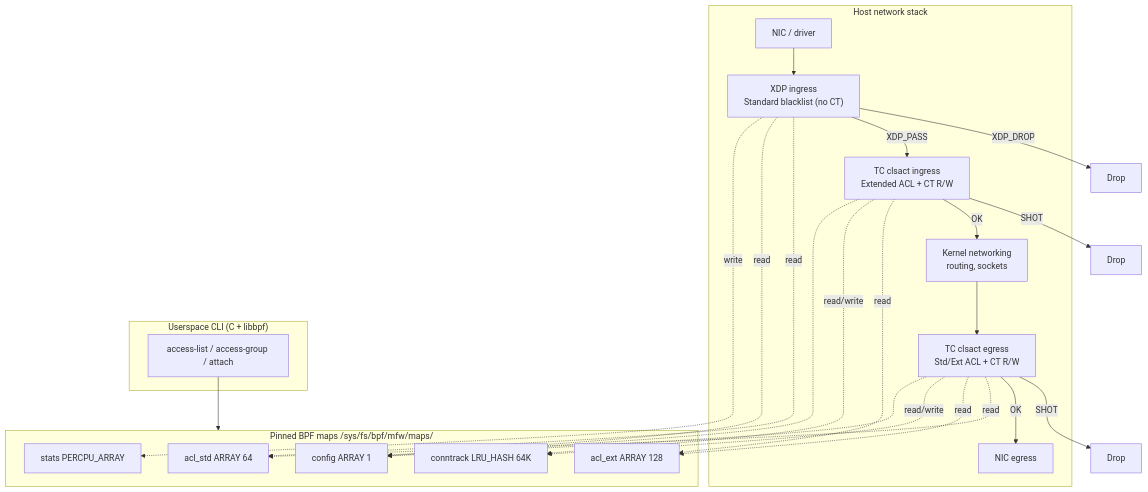
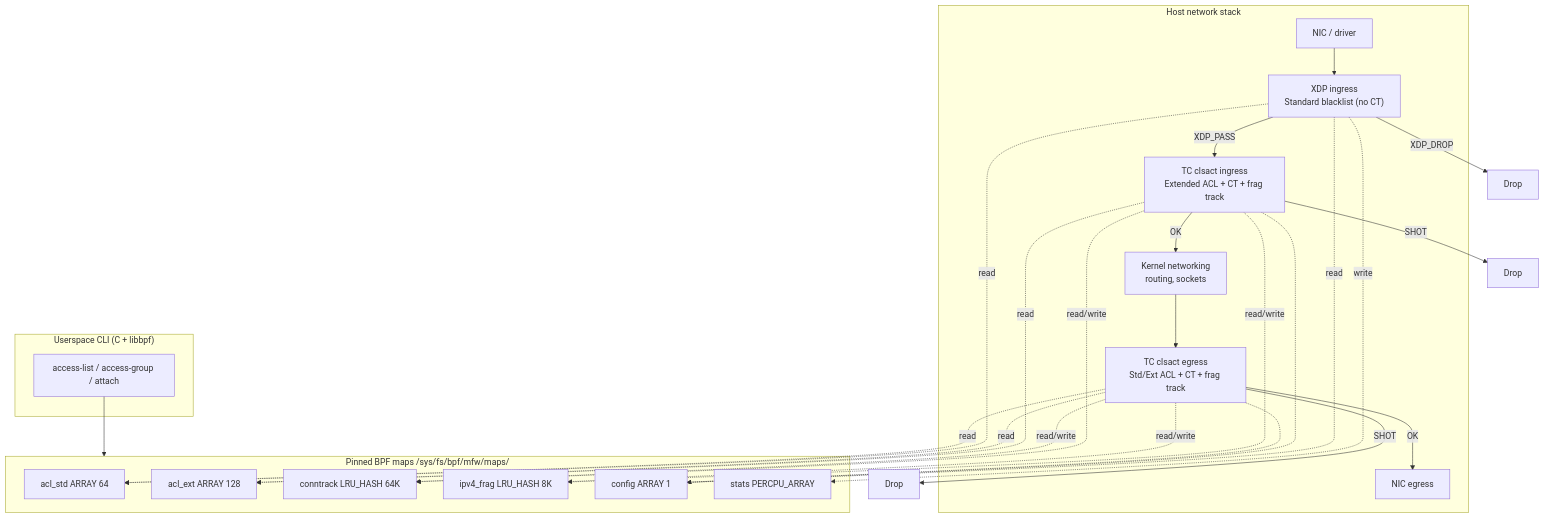
The first of 6 diagrams in docs/design.md (lynch1981/mini-fw), drawn with Mermaid before and after one commit. The commit also changed other lines of this file, not shown here.

First line of the commit message:
docs: refine mini-fw design (paths, frags, non-IPv4 pass)

````diff
--- a/docs/design.md
+++ b/docs/design.md
@@ -166,44 +192,47 @@
 ```mermaid
 flowchart TB
   subgraph Host["Host network stack"]
     NIC["NIC / driver"]
   XDP["XDP ingress<br/>Standard blacklist (no CT)"]
-    TC_IN["TC clsact ingress<br/>Extended ACL + CT R/W"]
+    TC_IN["TC clsact ingress<br/>Extended ACL + CT + frag track"]
     STACK["Kernel networking<br/>routing, sockets"]
-    TC_OUT["TC clsact egress<br/>Std/Ext ACL + CT R/W"]
+    TC_OUT["TC clsact egress<br/>Std/Ext ACL + CT + frag track"]
     NIC_OUT["NIC egress"]
   end
 
   subgraph Maps["Pinned BPF maps /sys/fs/bpf/mfw/maps/"]
     STD["acl_std ARRAY 64"]
     EXT["acl_ext ARRAY 128"]
     CT["conntrack LRU_HASH 64K"]
+    FRAG["ipv4_frag LRU_HASH 8K"]
     CFG["config ARRAY 1"]
     STATS["stats PERCPU_ARRAY"]
   end
 
   subgraph User["Userspace CLI (C + libbpf)"]
     CLI["access-list / access-group / attach"]
   end
 
   NIC --> XDP
   XDP -->|XDP_DROP| DROP1["Drop"]
   XDP -->|XDP_PASS| TC_IN
   TC_IN -->|SHOT| DROP2["Drop"]
   TC_IN -->|OK| STACK
   STACK --> TC_OUT
   TC_OUT -->|SHOT| DROP3["Drop"]
   TC_OUT -->|OK| NIC_OUT
 
   XDP -.->|read| STD
   XDP -.->|read| CFG
   XDP -.->|write| STATS
   TC_IN -.->|read| EXT
   TC_IN -.->|read/write| CT
+  TC_IN -.->|read/write| FRAG
   TC_IN -.-> CFG
   TC_OUT -.->|read| STD
   TC_OUT -.->|read| EXT
   TC_OUT -.->|read/write| CT
+  TC_OUT -.->|read/write| FRAG
   TC_OUT -.-> CFG
   CLI --> Maps
 ```
````
